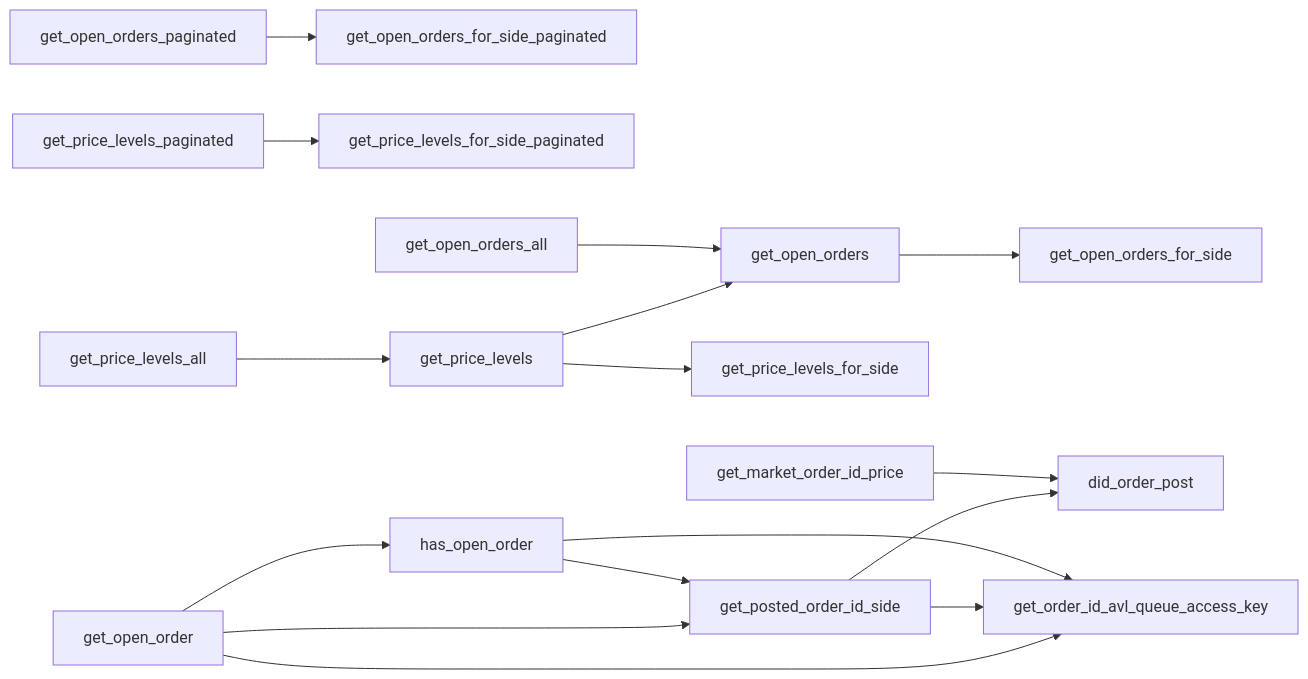
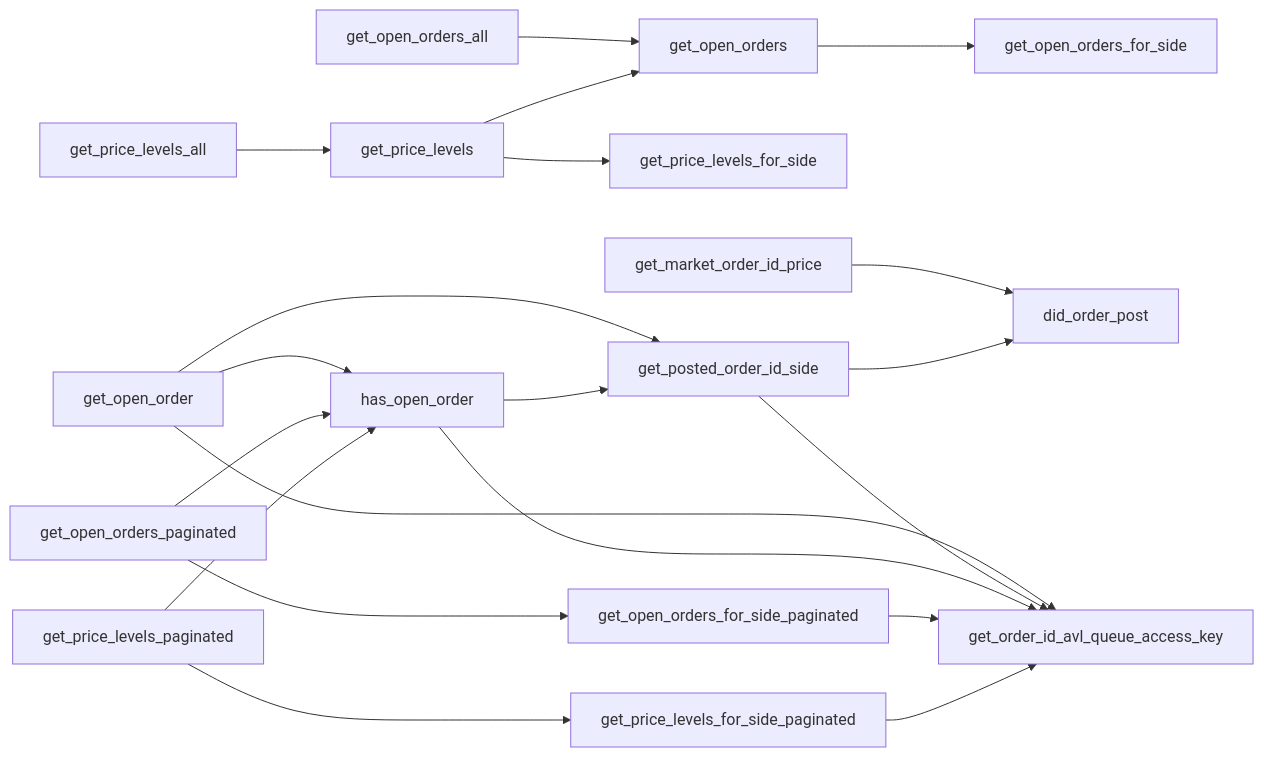
The sixth of 10 diagrams in src/move/econia/doc/market.md (econia-labs/econia), drawn with Mermaid before and after one commit. The commit also changed other lines of this file and 1 other file, not shown here.

Commit message:
Update market dep charts

````diff
--- a/src/move/econia/doc/market.md
+++ b/src/move/econia/doc/market.md
@@ -371,21 +371,27 @@
 ```mermaid
 
 flowchart LR
 
-get_open_orders_paginated --> get_open_orders_for_side_paginated
-get_price_levels_paginated --> get_price_levels_for_side_paginated
+get_open_orders --> get_open_orders_for_side
+get_open_orders_all --> get_open_orders
 get_price_levels --> get_open_orders
 get_price_levels --> get_price_levels_for_side
+get_market_order_id_price --> did_order_post
 get_price_levels_all --> get_price_levels
 get_open_order --> has_open_order
 get_open_order --> get_posted_order_id_side
 get_open_order --> get_order_id_avl_queue_access_key
 get_posted_order_id_side --> did_order_post
 get_posted_order_id_side --> get_order_id_avl_queue_access_key
 has_open_order --> get_posted_order_id_side
 has_open_order --> get_order_id_avl_queue_access_key
-get_open_orders --> get_open_orders_for_side
-get_open_orders_all --> get_open_orders
-get_market_order_id_price --> did_order_post
+get_open_orders_paginated --> get_open_orders_for_side_paginated
+get_open_orders_paginated --> has_open_order
+get_open_orders_for_side_paginated -->
+get_order_id_avl_queue_access_key
+get_price_levels_paginated --> get_price_levels_for_side_paginated
+get_price_levels_paginated --> has_open_order
+get_price_levels_for_side_paginated -->
+get_order_id_avl_queue_access_key
 
 ```
````
